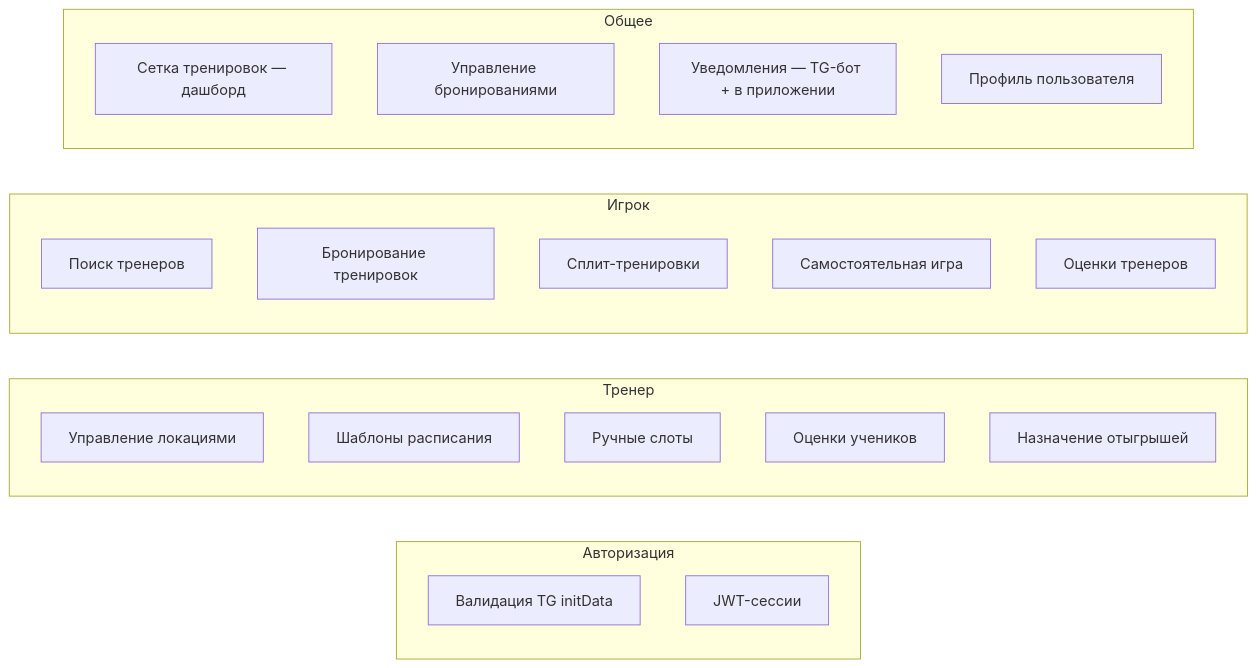
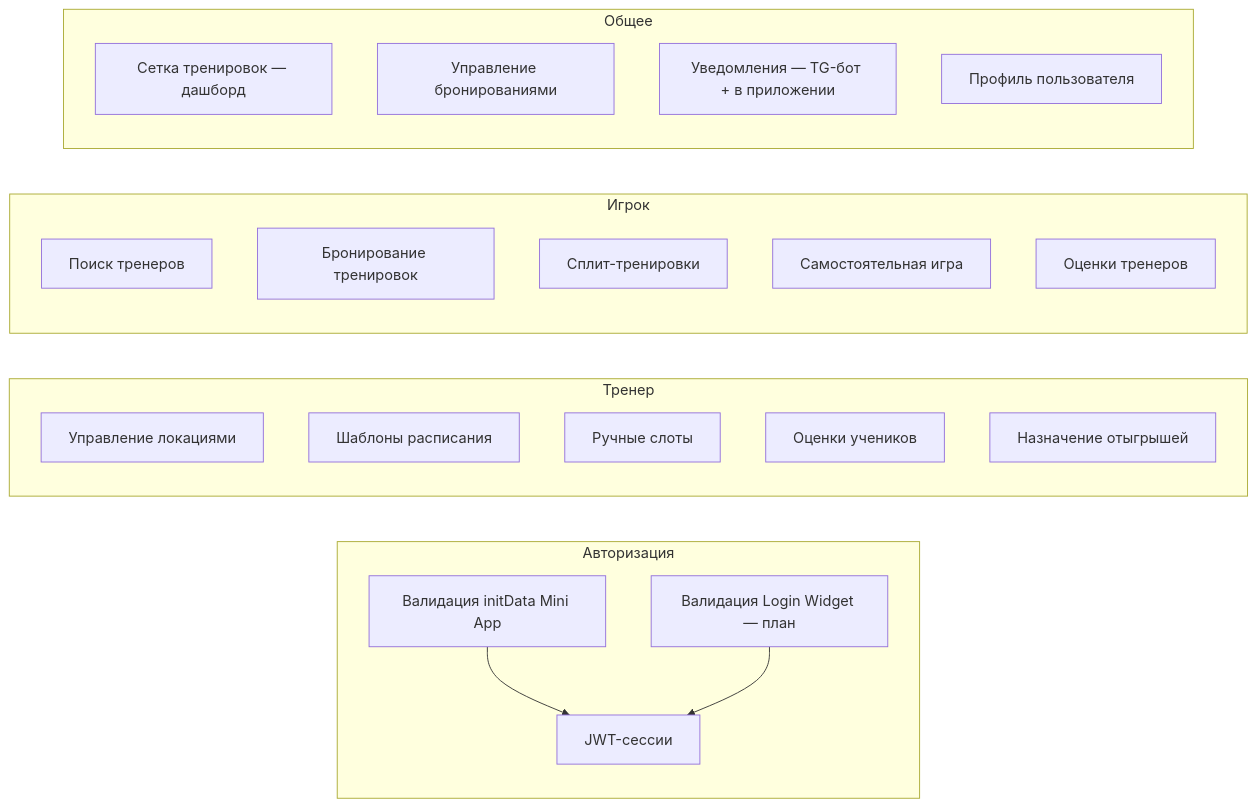
The second of 2 diagrams in docs/01-overview.md (maxism/woof-tennis), drawn with Mermaid before and after one commit. The commit also changed other lines of this file and 11 other files, not shown here.

````diff
--- a/docs/01-overview.md
+++ b/docs/01-overview.md
@@ -117,30 +124,33 @@
 ```mermaid
 graph LR
     subgraph auth [Авторизация]
-        A1[Валидация TG initData]
+        A1[Валидация initData Mini App]
+        A1b[Валидация Login Widget — план]
         A2[JWT-сессии]
+        A1 --> A2
+        A1b --> A2
     end
 
     subgraph coach [Тренер]
         C1[Управление локациями]
         C2[Шаблоны расписания]
         C3[Ручные слоты]
         C4[Оценки учеников]
         C5[Назначение отыгрышей]
     end
 
     subgraph player [Игрок]
         P1[Поиск тренеров]
         P2[Бронирование тренировок]
         P3[Сплит-тренировки]
         P4[Самостоятельная игра]
         P5[Оценки тренеров]
     end
 
     subgraph shared [Общее]
         S1[Сетка тренировок — дашборд]
         S2[Управление бронированиями]
         S3[Уведомления — TG-бот + в приложении]
         S4[Профиль пользователя]
     end
 ```
````
